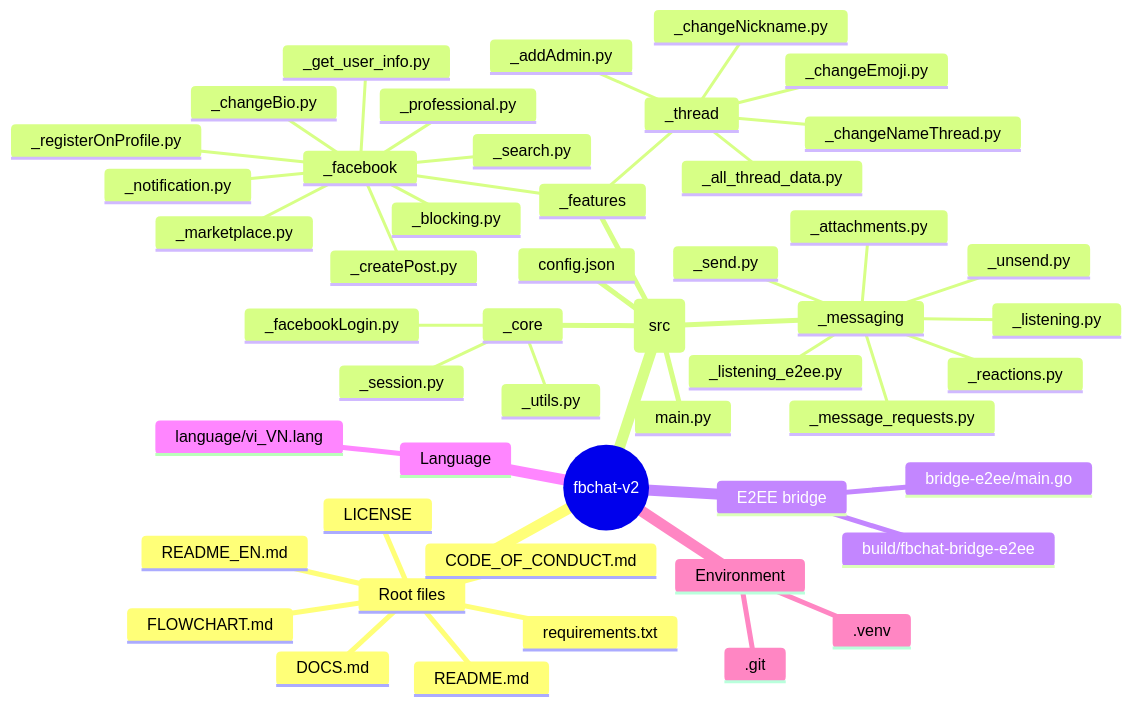
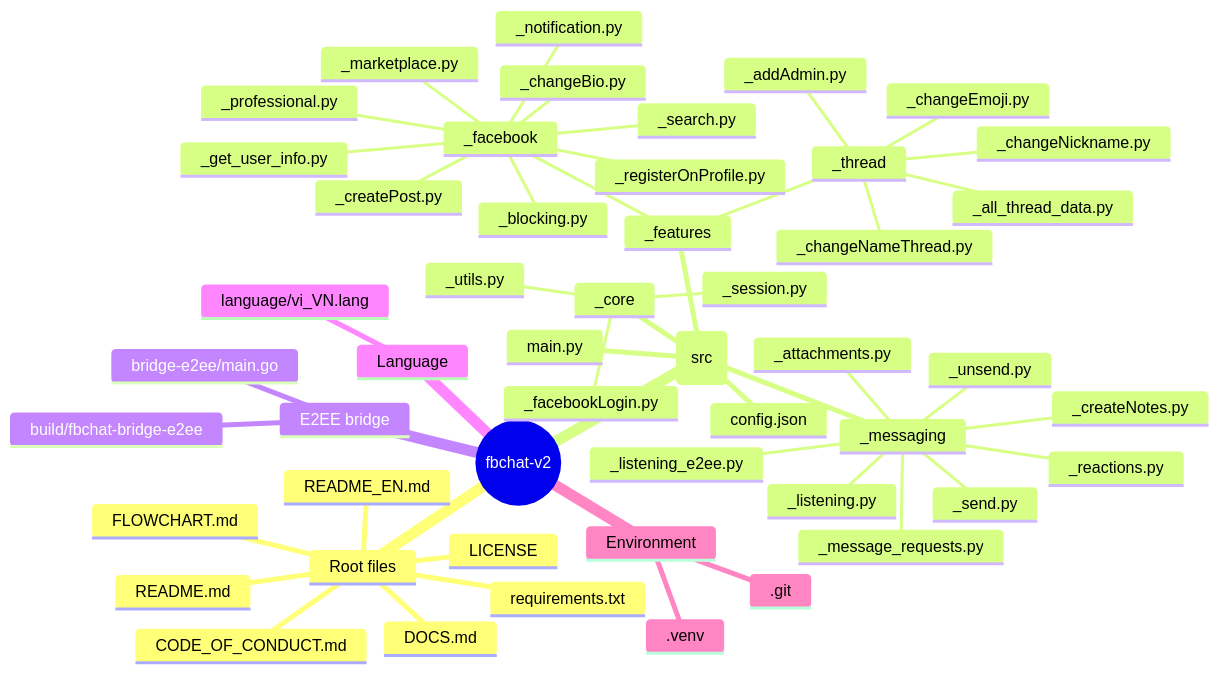
The second of 2 diagrams in README_EN.md (m008v/fbchat-v2), drawn with Mermaid before and after one commit. The commit also changed other lines of this file and 18 other files, not shown here.

````diff
--- a/README_EN.md
+++ b/README_EN.md
@@ -171,52 +172,53 @@
 ```mermaid
 mindmap
   root((fbchat-v2))
     Root files
       README.md
       README_EN.md
       DOCS.md
       FLOWCHART.md
       CODE_OF_CONDUCT.md
       LICENSE
       requirements.txt
     Source (src)
       main.py
       config.json
       _core
         _facebookLogin.py
         _session.py
         _utils.py
       _features
         _facebook
           _blocking.py
           _changeBio.py
           _createPost.py
           _get_user_info.py
           _marketplace.py
           _notification.py
           _professional.py
           _registerOnProfile.py
           _search.py
         _thread
           _addAdmin.py
           _all_thread_data.py
           _changeEmoji.py
           _changeNameThread.py
           _changeNickname.py
       _messaging
         _attachments.py
+        _createNotes.py
         _listening.py
         _listening_e2ee.py
         _message_requests.py
         _reactions.py
         _send.py
         _unsend.py
     E2EE bridge
       bridge-e2ee/main.go
       build/fbchat-bridge-e2ee
     Language
       language/vi_VN.lang
     Environment
       .venv
       .git
 ```
````
